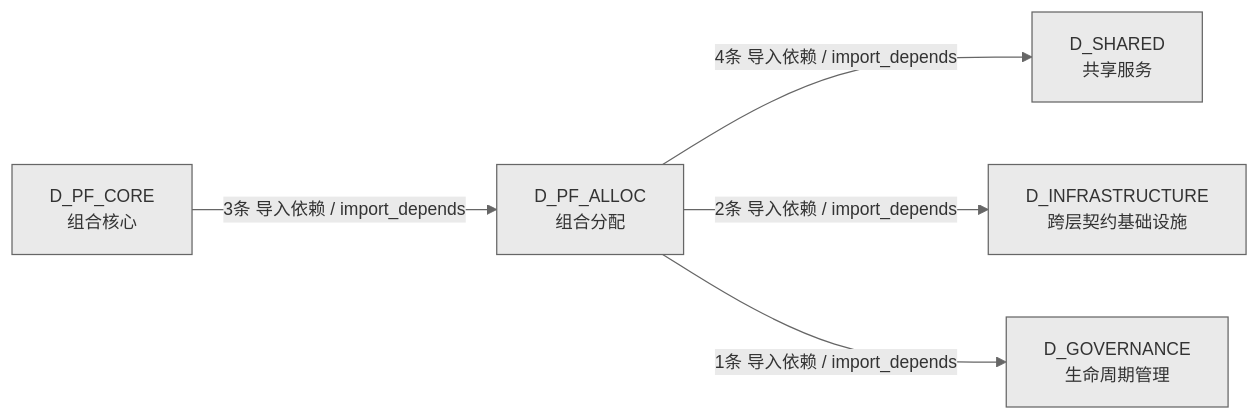
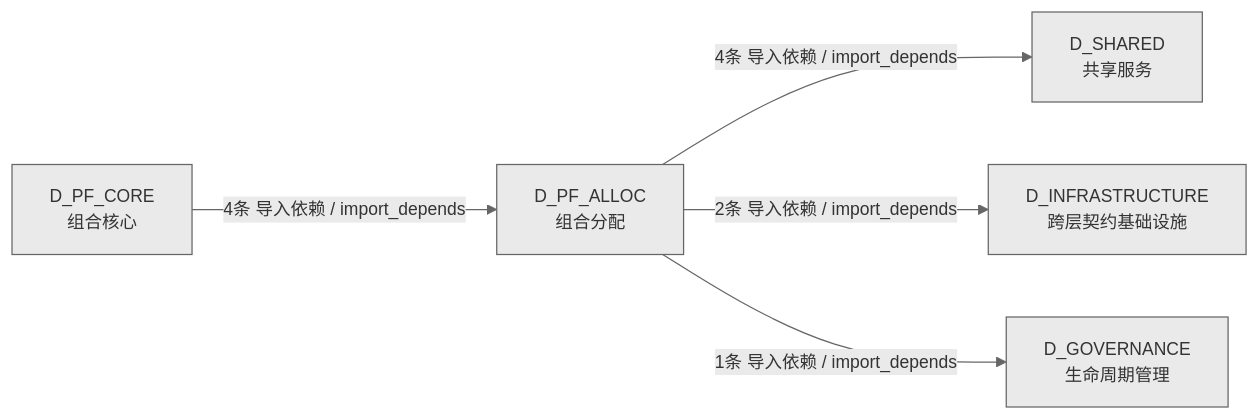
Before and after one commit to xuanFelixVan/ZephyrAlpha: the fourth of 4 diagrams in docs/02_enterprise_architecture/02_domain_architecture_docs/62_d_pf_alloc.md, drawn with Mermaid. The commit also changed other lines of this file and 49 other files, not shown here.

````diff
--- a/docs/02_enterprise_architecture/02_domain_architecture_docs/62_d_pf_alloc.md
+++ b/docs/02_enterprise_architecture/02_domain_architecture_docs/62_d_pf_alloc.md
@@ -154,13 +154,13 @@
 ```mermaid
 %%{init: {'theme': 'base', 'themeVariables': {'primaryColor': '#eaeaea', 'primaryTextColor': '#333333', 'primaryBorderColor': '#666666', 'lineColor': '#666666', 'secondaryColor': '#eaeaea', 'tertiaryColor': '#eaeaea', 'fontSize': '14px'}}}%%
 graph LR
     D_PF_ALLOC["D_PF_ALLOC<br/>组合分配"]
     D_SHARED["D_SHARED<br/>共享服务"]
     D_INFRASTRUCTURE["D_INFRASTRUCTURE<br/>跨层契约基础设施"]
     D_GOVERNANCE["D_GOVERNANCE<br/>生命周期管理"]
     D_PF_CORE["D_PF_CORE<br/>组合核心"]
     D_PF_ALLOC -->|4条 导入依赖 / import_depends| D_SHARED
     D_PF_ALLOC -->|2条 导入依赖 / import_depends| D_INFRASTRUCTURE
     D_PF_ALLOC -->|1条 导入依赖 / import_depends| D_GOVERNANCE
-    D_PF_CORE -->|3条 导入依赖 / import_depends| D_PF_ALLOC
+    D_PF_CORE -->|4条 导入依赖 / import_depends| D_PF_ALLOC
 ```
````
